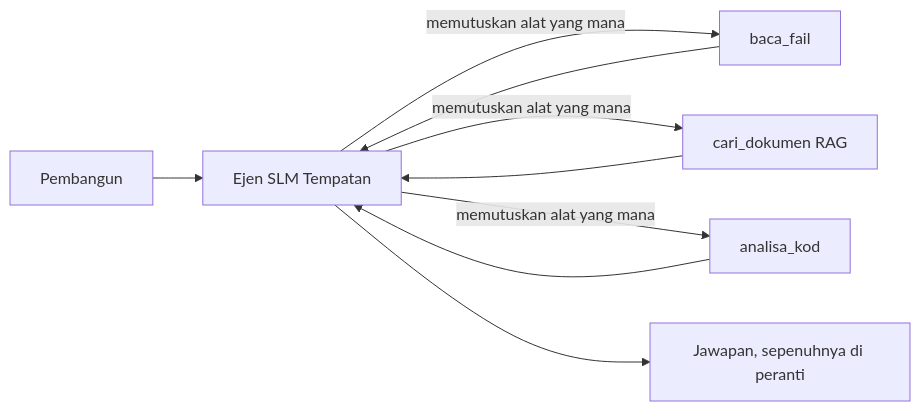
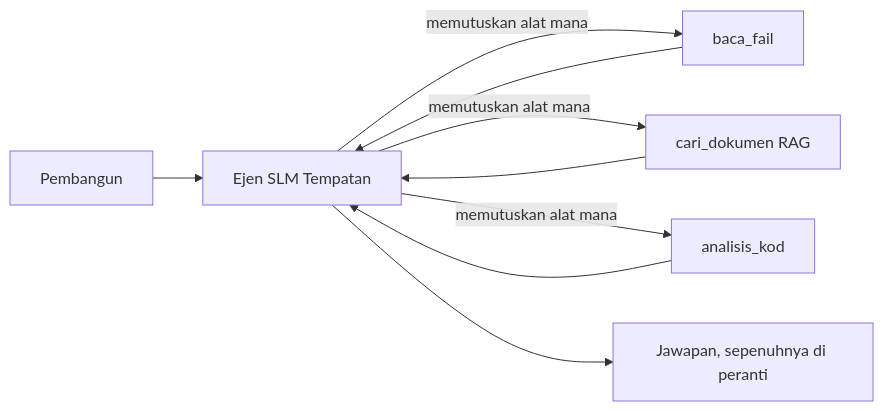
One commit to microsoft/ai-agents-for-beginners changed the first of 4 diagrams in translations/ms/17-creating-local-ai-agents/README.md. Above: the diagram before and after it, drawn with Mermaid. The commit also changed other lines of this file and 46 other files, not shown here.

````diff
--- a/translations/ms/17-creating-local-ai-agents/README.md
+++ b/translations/ms/17-creating-local-ai-agents/README.md
@@ -66,11 +66,11 @@
 ```mermaid
 flowchart LR
     U[Pembangun] --> A[Ejen SLM Tempatan]
-    A -->|memutuskan alat yang mana| T1[baca_fail]
-    A -->|memutuskan alat yang mana| T2[cari_dokumen RAG]
-    A -->|memutuskan alat yang mana| T3[analisa_kod]
+    A -->|memutuskan alat mana| T1[baca_fail]
+    A -->|memutuskan alat mana| T2[cari_dokumen RAG]
+    A -->|memutuskan alat mana| T3[analisis_kod]
     T1 --> A
     T2 --> A
     T3 --> A
     A --> R[Jawapan, sepenuhnya di peranti]
 ```
````
